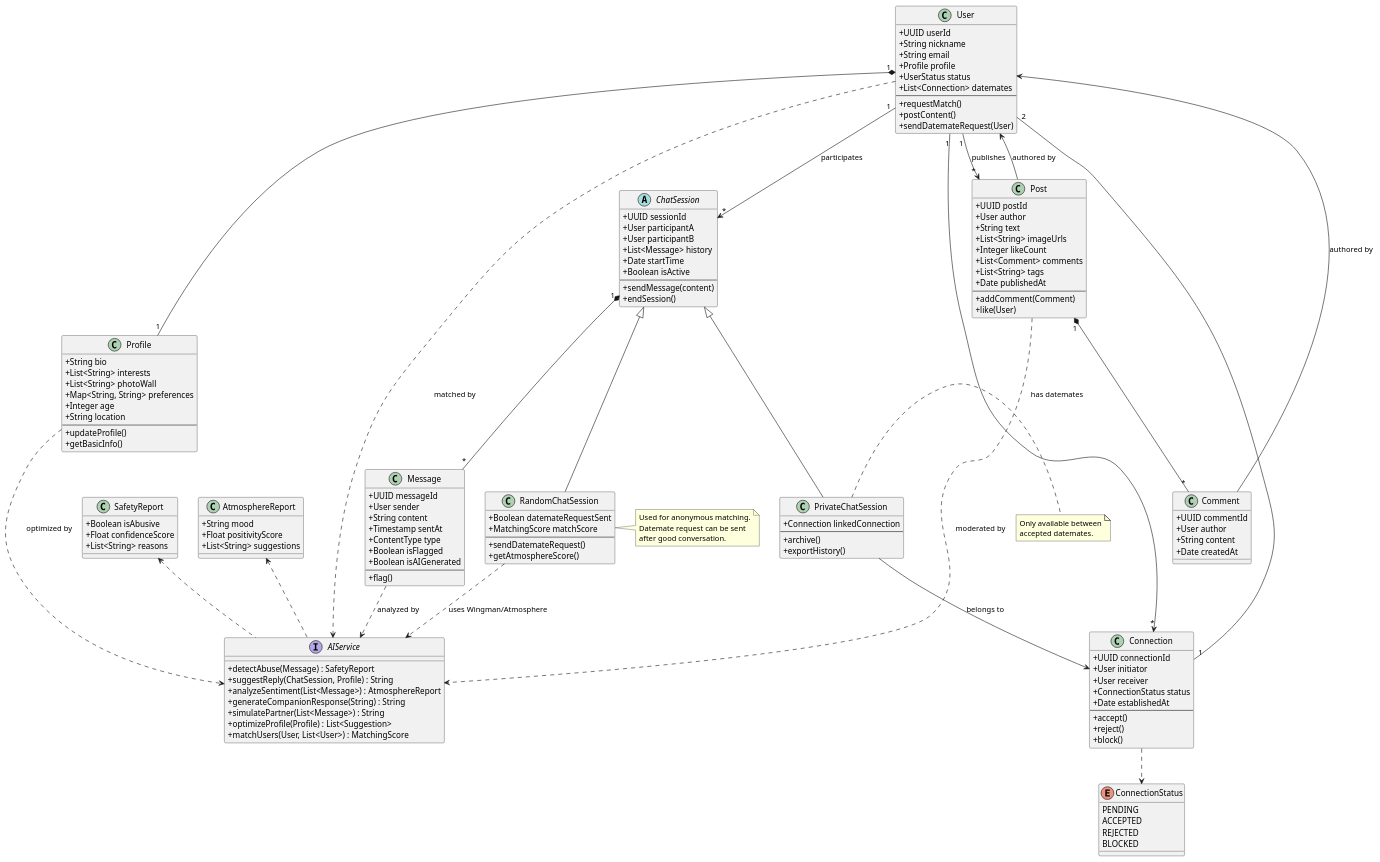
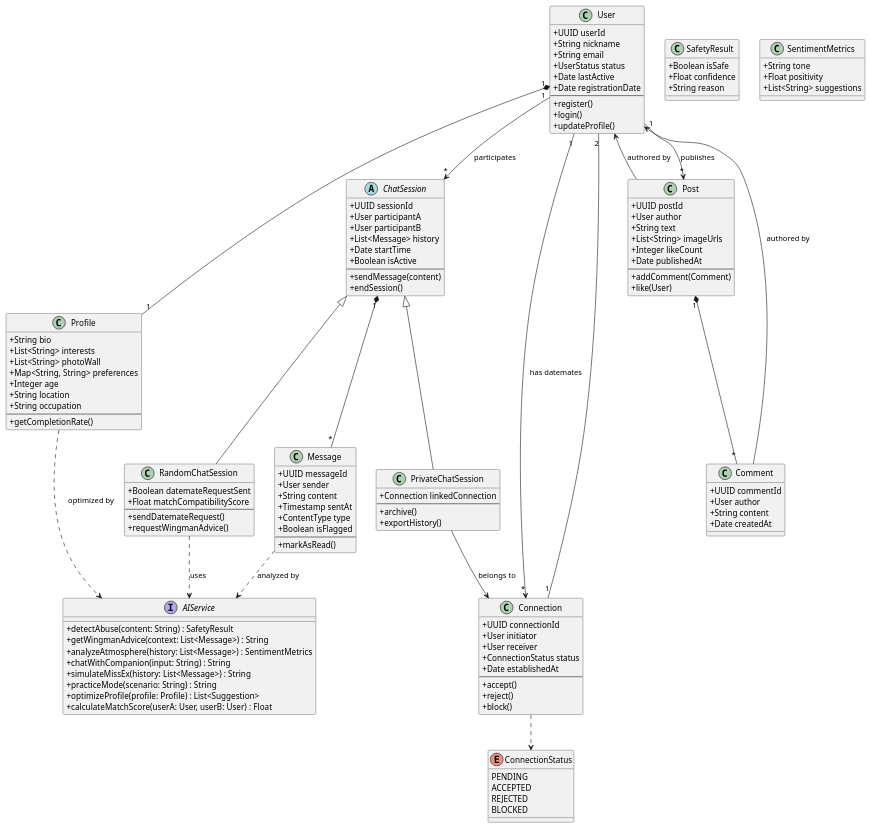
One commit to TerenceSoOn/software_design_assessment changed the diagram in doc/diagrams/logical.puml. Above: the diagram before and after it, drawn with PlantUML. The commit also changed 25 other files, not shown here.

Commit message:
Refactor: Consolidate diagram updates and assets

```diff
--- a/doc/diagrams/logical.puml
+++ b/doc/diagrams/logical.puml
@@ -1,170 +1,152 @@
 @startuml
 skinparam classAttributeIconSize 0
 
 class User {
   +UUID userId
   +String nickname
   +String email
-  +Profile profile
   +UserStatus status
-  +List<Connection> datemates
+  +Date lastActive
+  +Date registrationDate
   --
-  +requestMatch()
-  +postContent()
-  +sendDatemateRequest(User)
+  +register()
+  +login()
+  +updateProfile()
 }
 
 class Profile {
   +String bio
   +List<String> interests
   +List<String> photoWall
   +Map<String, String> preferences
   +Integer age
   +String location
+  +String occupation
   --
-  +updateProfile()
-  +getBasicInfo()
+  +getCompletionRate()
 }
 
 class Connection {
   +UUID connectionId
   +User initiator
   +User receiver
   +ConnectionStatus status
   +Date establishedAt
   --
   +accept()
   +reject()
   +block()
 }
 
 enum ConnectionStatus {
   PENDING
   ACCEPTED
   REJECTED
   BLOCKED
 }
 
 abstract class ChatSession {
   +UUID sessionId
   +User participantA
   +User participantB
   +List<Message> history
   +Date startTime
   +Boolean isActive
   --
   +sendMessage(content)
   +endSession()
 }
 
 class RandomChatSession {
   +Boolean datemateRequestSent
-  +MatchingScore matchScore
+  +Float matchCompatibilityScore
   --
   +sendDatemateRequest()
-  +getAtmosphereScore()
+  +requestWingmanAdvice()
 }
 
 class PrivateChatSession {
   +Connection linkedConnection
   --
   +archive()
   +exportHistory()
 }
 
 class Message {
   +UUID messageId
   +User sender
   +String content
   +Timestamp sentAt
   +ContentType type
   +Boolean isFlagged
-  +Boolean isAIGenerated
   --
-  +flag()
+  +markAsRead()
 }
 
 class Post {
   +UUID postId
   +User author
   +String text
   +List<String> imageUrls
   +Integer likeCount
-  +List<Comment> comments
-  +List<String> tags
   +Date publishedAt
   --
   +addComment(Comment)
   +like(User)
 }
 
 class Comment {
   +UUID commentId
   +User author
   +String content
   +Date createdAt
 }
 
 interface AIService {
-  +detectAbuse(Message) : SafetyReport
-  +suggestReply(ChatSession, Profile) : String
-  +analyzeSentiment(List<Message>) : AtmosphereReport
-  +generateCompanionResponse(String) : String
-  +simulatePartner(List<Message>) : String
-  +optimizeProfile(Profile) : List<Suggestion>
-  +matchUsers(User, List<User>) : MatchingScore
+  +detectAbuse(content: String) : SafetyResult
+  +getWingmanAdvice(context: List<Message>) : String
+  +analyzeAtmosphere(history: List<Message>) : SentimentMetrics
+  +chatWithCompanion(input: String) : String
+  +simulateMissEx(history: List<Message>) : String
+  +practiceMode(scenario: String) : String
+  +optimizeProfile(profile: Profile) : List<Suggestion>
+  +calculateMatchScore(userA: User, userB: User) : Float
 }
 
-class SafetyReport {
-  +Boolean isAbusive
-  +Float confidenceScore
-  +List<String> reasons
+class SafetyResult {
+  +Boolean isSafe
+  +Float confidence
+  +String reason
 }
 
-class AtmosphereReport {
-  +String mood
-  +Float positivityScore
+class SentimentMetrics {
+  +String tone
+  +Float positivity
   +List<String> suggestions
 }
 
 ' Relationships
 User "1" *-- "1" Profile
 User "1" --> "*" Connection : has datemates
 User "1" --> "*" Post : publishes
 User "1" --> "*" ChatSession : participates
 
 Connection "1" -- "2" User
 Connection ..> ConnectionStatus
 
 ChatSession <|-- RandomChatSession
 ChatSession <|-- PrivateChatSession
 ChatSession "1" *-- "*" Message
 
 PrivateChatSession --> Connection : belongs to
 
 Post "1" *-- "*" Comment
 Post --> User : authored by
 Comment --> User : authored by
 
 ' AI Integration
+RandomChatSession ..> AIService : uses
 Message ..> AIService : analyzed by
-RandomChatSession ..> AIService : uses Wingman/Atmosphere
-Post ..> AIService : moderated by
 Profile ..> AIService : optimized by
-User ..> AIService : matched by
-
-SafetyReport <.. AIService
-AtmosphereReport <.. AIService
-
-note right of RandomChatSession
-  Used for anonymous matching.
-  Datemate request can be sent
-  after good conversation.
-end note
-
-note right of PrivateChatSession
-  Only available between
-  accepted datemates.
-end note
 
 @enduml
```
